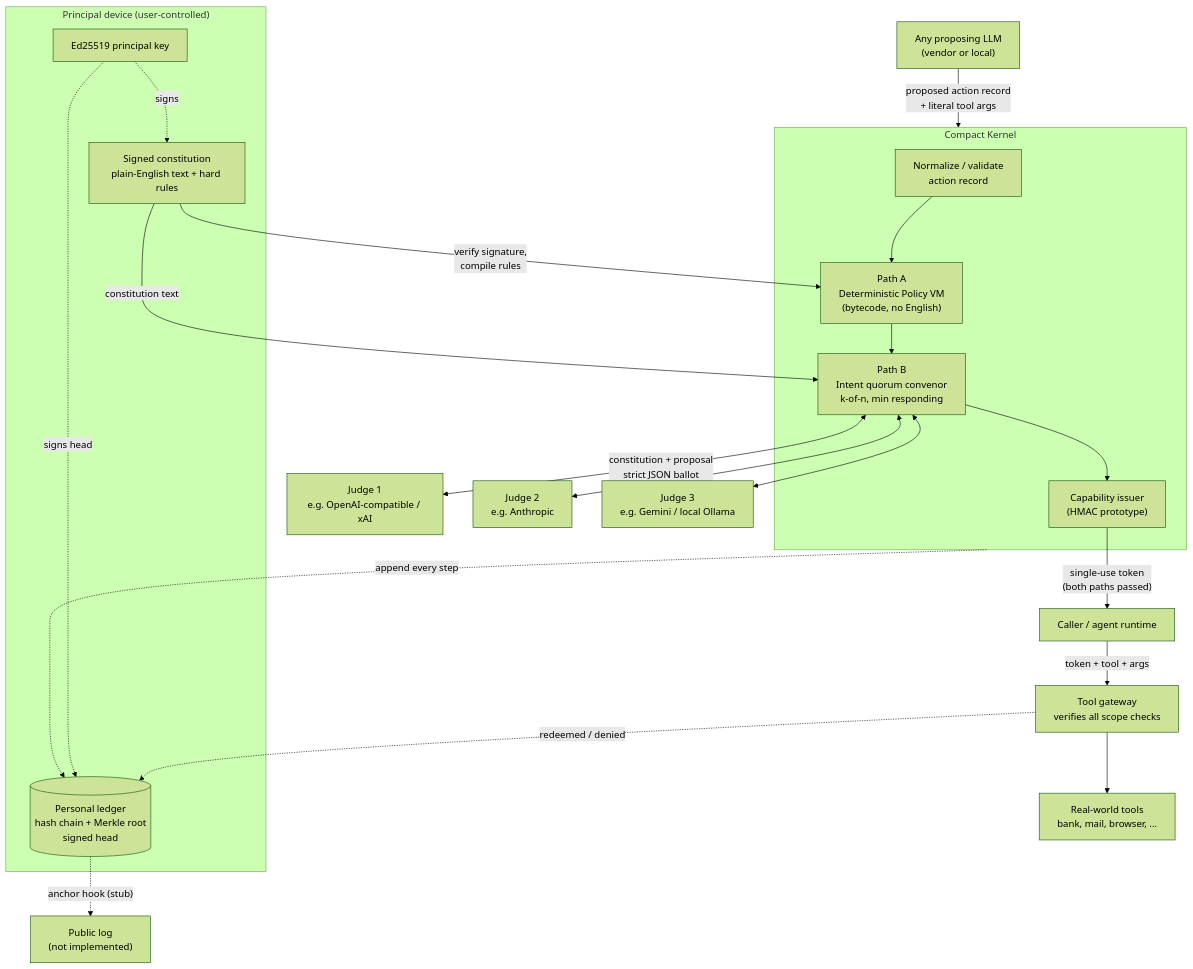
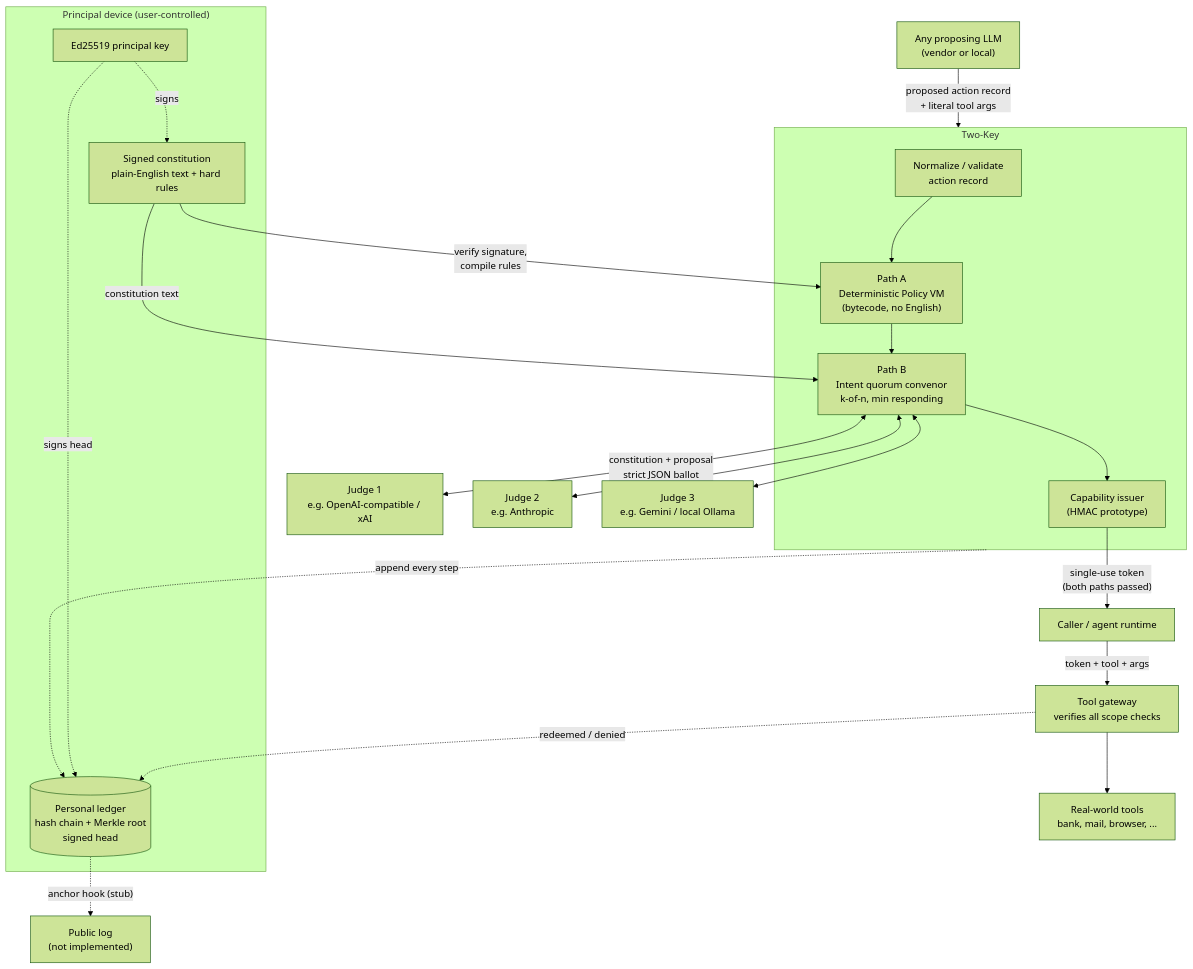
One commit to Insomniac-VibeLabs/two-key changed the diagram in docs/figures/architecture.mmd. Above: the diagram before and after it, drawn with Mermaid (forest theme). The commit also changed 24 other files, not shown here.

Commit message:
Rename the product to Two-Key (docs): README, HOWTO, SPEC_DRAFT, CRYPTO, PERFORMANCE, DESIGN_OPTIONS and figure sources use the new name, SVG/PNG figures regenerated; CONCEPTION_NOTES Entry 3 records Stephan's rename (2026-09-30 ~7:39 PM MT); CHANGES rows 78-81 (Stephan's instruction)

```diff
--- a/docs/figures/architecture.mmd
+++ b/docs/figures/architecture.mmd
@@ -1,27 +1,27 @@
 flowchart TB
   subgraph Principal["Principal device (user-controlled)"]
     KEY["Ed25519 principal key"]
     CONST["Signed constitution<br/>plain-English text + hard rules"]
     LEDGER[("Personal ledger<br/>hash chain + Merkle root<br/>signed head")]
   end
   LLM["Any proposing LLM<br/>(vendor or local)"] -->|"proposed action record<br/>+ literal tool args"| K
-  subgraph K["Compact Kernel"]
+  subgraph K["Two-Key"]
     NORM["Normalize / validate<br/>action record"]
     VM["Path A<br/>Deterministic Policy VM<br/>(bytecode, no English)"]
     Q["Path B<br/>Intent quorum convenor<br/>k-of-n, min responding"]
     ISS["Capability issuer<br/>(HMAC prototype)"]
     NORM --> VM --> Q --> ISS
   end
   CONST -->|"verify signature,<br/>compile rules"| VM
   CONST -->|"constitution text"| Q
   Q <-->|"constitution + proposal<br/>strict JSON ballot"| J1["Judge 1<br/>e.g. OpenAI-compatible / xAI"]
   Q <--> J2["Judge 2<br/>e.g. Anthropic"]
   Q <--> J3["Judge 3<br/>e.g. Gemini / local Ollama"]
   ISS -->|"single-use token<br/>(both paths passed)"| AGENT["Caller / agent runtime"]
   AGENT -->|"token + tool + args"| GW["Tool gateway<br/>verifies all scope checks"]
   GW --> TOOLS["Real-world tools<br/>bank, mail, browser, ..."]
   K -. "append every step" .-> LEDGER
   GW -. "redeemed / denied" .-> LEDGER
   KEY -. "signs" .-> CONST
   KEY -. "signs head" .-> LEDGER
   LEDGER -. "anchor hook (stub)" .-> ANCH["Public log<br/>(not implemented)"]
```
